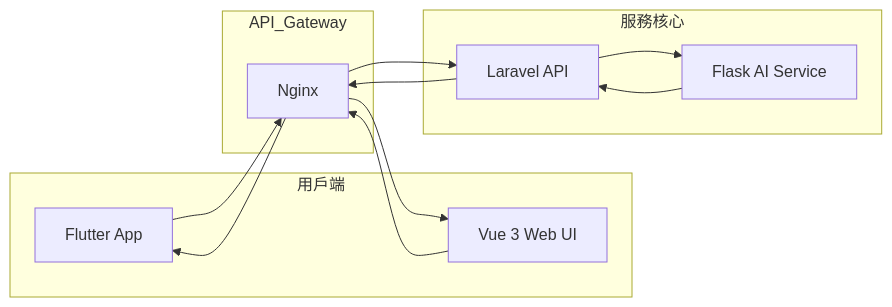
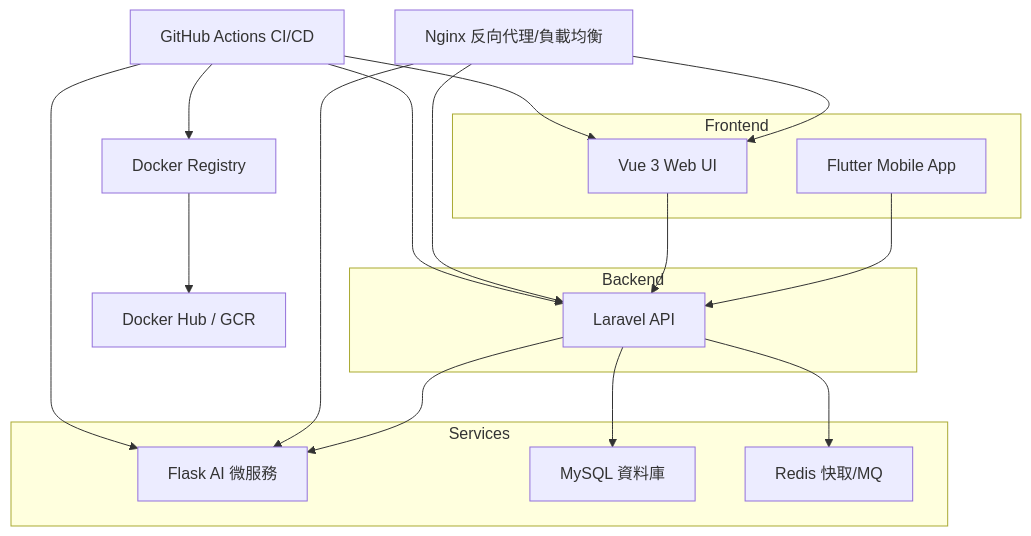
Before and after one commit to BpsEason/petcarehub: the diagram in README.md, drawn with Mermaid.

````diff
--- a/README.md
+++ b/README.md
@@ -38,29 +38,34 @@
 ```mermaid
-flowchart LR
-  subgraph 用戶端
-    F[Flutter App]
-    W[Vue 3 Web UI]
+graph TD
+  subgraph Frontend
+    F1[Flutter Mobile App]
+    F2[Vue 3 Web UI]
   end
 
-  subgraph API_Gateway
-    NGN[Nginx]
+  subgraph Backend
+    B1[Laravel API]
   end
 
-  subgraph 服務核心
-    LAPI[Laravel API]
-    AI[Flask AI Service]
+  subgraph Services
+    S1[Flask AI 微服務]
+    S2[MySQL 資料庫]
+    S3[Redis 快取/MQ]
   end
 
-  %% 請求順序
-  F --> NGN
-  W --> NGN
-  NGN --> LAPI
-  LAPI --> AI
-  AI --> LAPI
+  F1 --> B1
+  F2 --> B1
+  B1 --> S1
+  B1 --> S2
+  B1 --> S3
 
-  %% 回應順序
-  LAPI --> NGN
-  NGN --> F
-  NGN --> W
+  Nginx[Nginx 反向代理/負載均衡] --> F2
+  Nginx --> B1
+  Nginx --> S1
+
+  DockerRegistry[Docker Registry] --> DockerHub[Docker Hub / GCR]
+  GitHubActions[GitHub Actions CI/CD] --> DockerRegistry
+  GitHubActions --> B1
+  GitHubActions --> F2
+  GitHubActions --> S1
 
 ```
````
